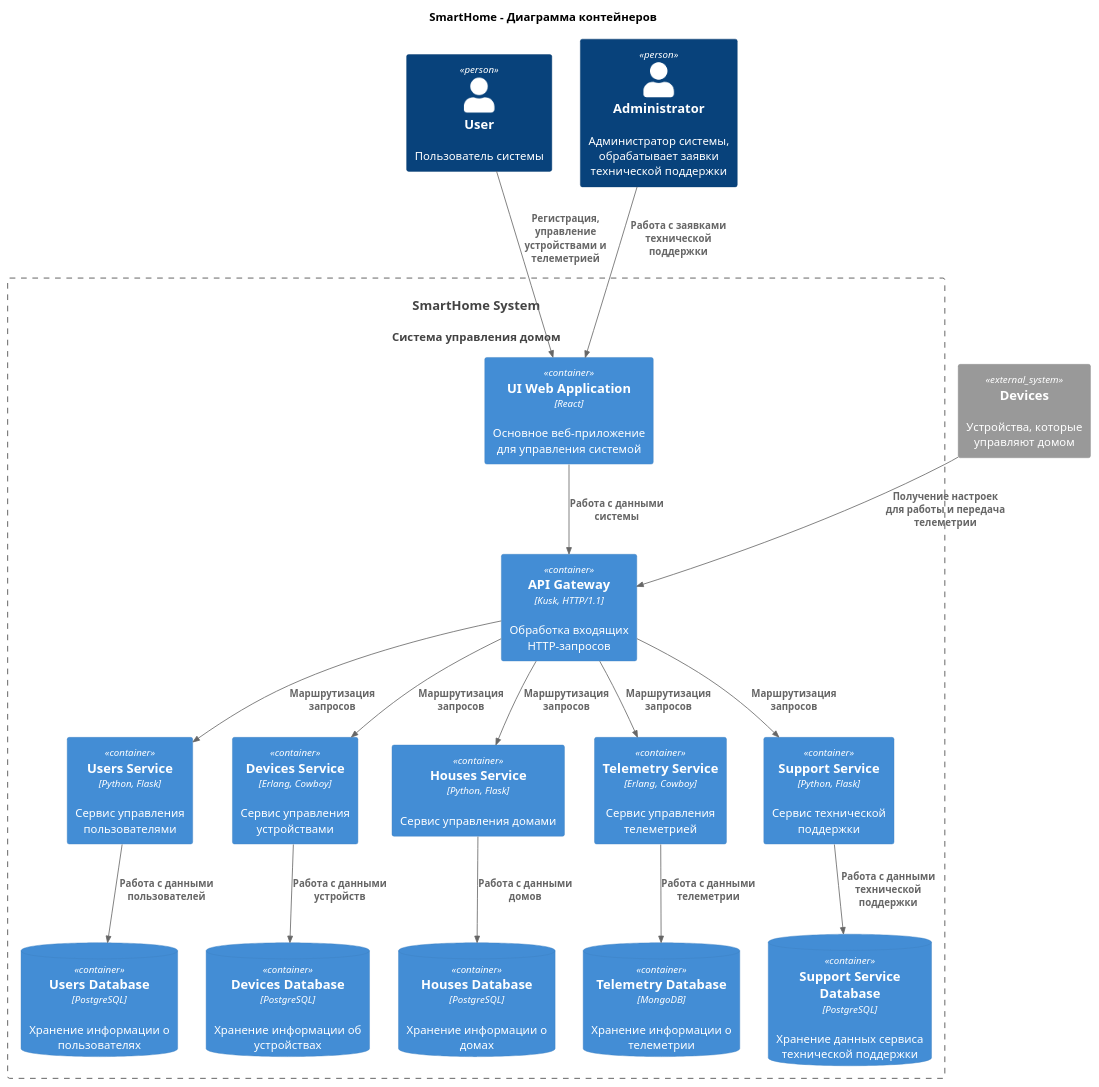
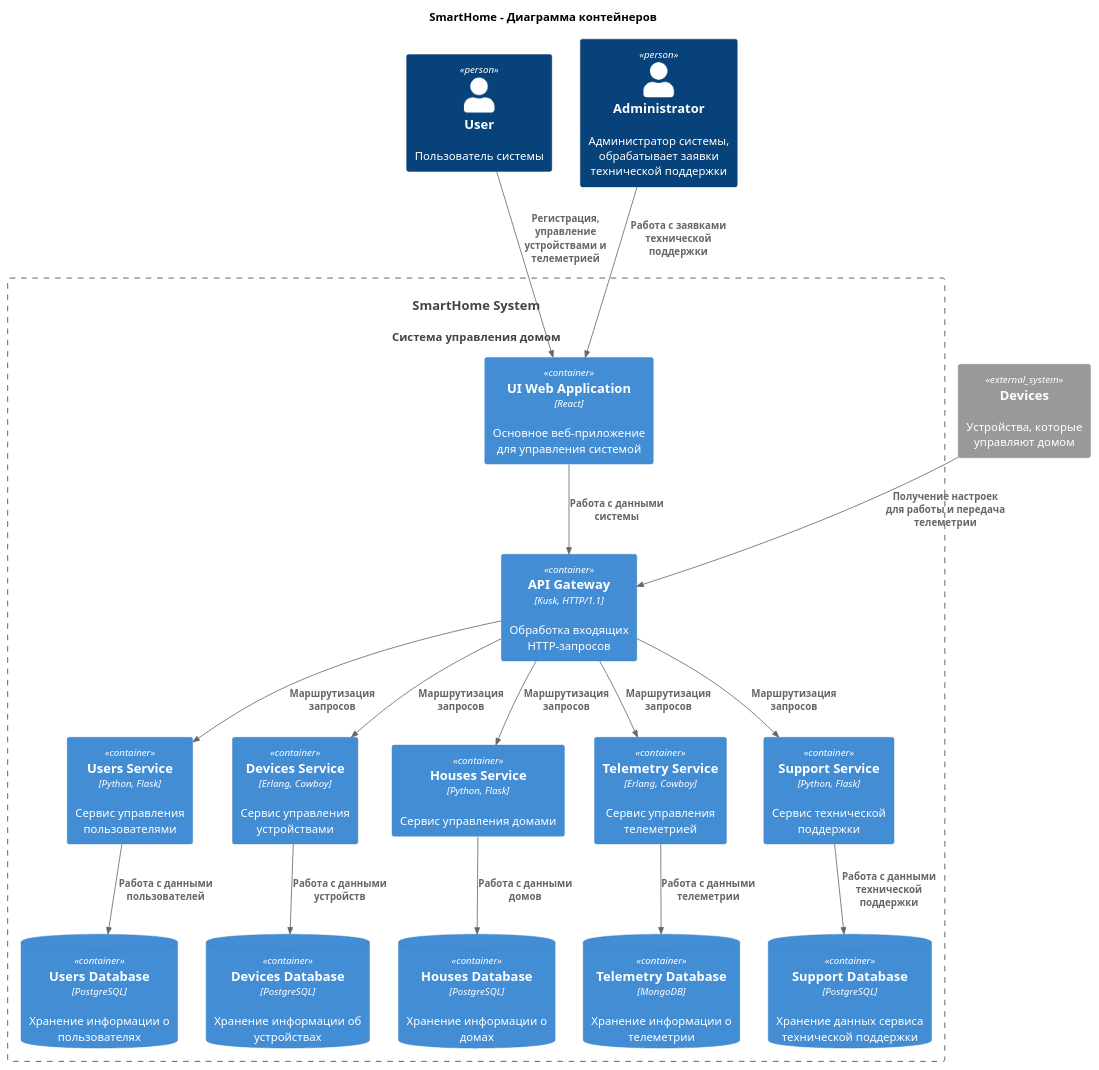
The diagram in diagrams/Container.puml (snakeduse/architecture-sprint-3), drawn with PlantUML before and after one commit. The commit also changed 1 other file, not shown here.

Commit message:
docs: Переименовал название компонента БД для Support Service

```diff
--- a/diagrams/Container.puml
+++ b/diagrams/Container.puml
@@ -1,54 +1,54 @@
 @startuml
 title SmartHome - Диаграмма контейнеров
 
 top to bottom direction
 
 !include ./c4_source/C4_Container.puml
 
 Person(user, "User", "Пользователь системы")
 Person(admin, "Administrator", "Администратор системы, обрабатывает заявки технической поддержки")
 System_Ext(devices_ext, "Devices", "Устройства, которые управляют домом")
 System(SmartHomeSystem, "SmartHome System", "Система управления домом")
 
 Container_Boundary(SmartHomeSystem, "SmartHome System") {
   Container(web_app, "UI Web Application", "React", "Основное веб-приложение для управления системой")
   Container(api_gateway, "API Gateway", "Kusk, HTTP/1.1", "Обработка входящих HTTP-запросов")
 
   Container(users_service, "Users Service", "Python, Flask", "Сервис управления пользователями")
   ContainerDb(users_database, "Users Database", "PostgreSQL", "Хранение информации о пользователях")
 
   Container(devices_service, "Devices Service", "Erlang, Cowboy", "Сервис управления устройствами")
   ContainerDb(devices_database, "Devices Database", "PostgreSQL", "Хранение информации об устройствах")
 
   Container(houses_service, "Houses Service", "Python, Flask", "Сервис управления домами")
   ContainerDb(houses_database, "Houses Database", "PostgreSQL", "Хранение информации о домах")
 
   Container(telemetry_service, "Telemetry Service", "Erlang, Cowboy", "Сервис управления телеметрией")
   ContainerDb(telemetry_database, "Telemetry Database", "MongoDB", "Хранение информации о телеметрии")
 
   Container(support_service, "Support Service", "Python, Flask", "Сервис технической поддержки")
-  ContainerDb(support_database, "Support Service Database", "PostgreSQL", "Хранение данных сервиса технической поддержки")
+  ContainerDb(support_database, "Support Database", "PostgreSQL", "Хранение данных сервиса технической поддержки")
 }
 
 Rel(web_app, api_gateway, "Работа с данными системы")
 
 Rel(user, web_app, "Регистрация, управление устройствами и телеметрией")
 Rel(admin, web_app, "Работа с заявками технической поддержки")
 Rel(devices_ext, api_gateway, "Получение настроек для работы и передача телеметрии")
 
 Rel(api_gateway, users_service, "Маршрутизация запросов")
 Rel(users_service, users_database, "Работа с данными пользователей")
 
 Rel(api_gateway, devices_service, "Маршрутизация запросов")
 Rel(devices_service, devices_database, "Работа с данными устройств")
 
 Rel(api_gateway, houses_service, "Маршрутизация запросов")
 Rel(houses_service, houses_database, "Работа с данными домов")
 
 Rel(api_gateway, telemetry_service, "Маршрутизация запросов")
 Rel(telemetry_service, telemetry_database, "Работа с данными телеметрии")
 
 Rel(api_gateway, support_service, "Маршрутизация запросов")
 Rel(support_service, support_database, "Работа с данными технической поддержки")
 
 @enduml
```
